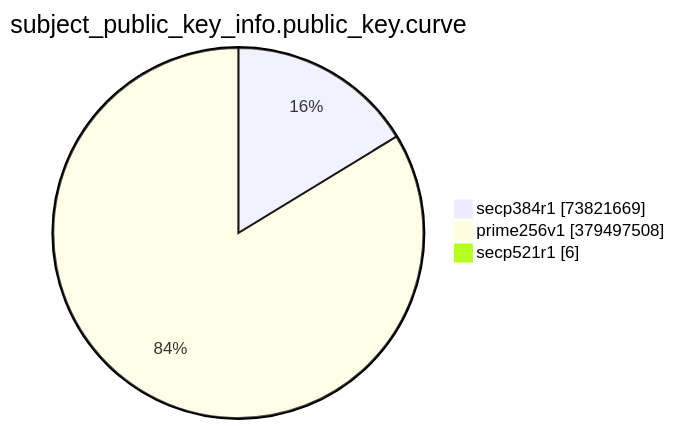
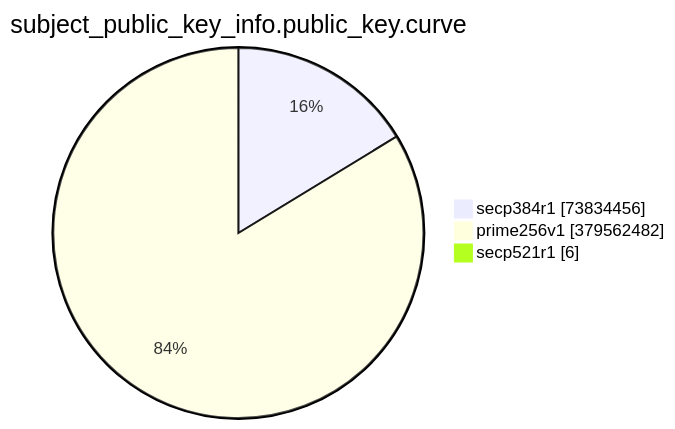
One commit to christiankrug/ctmonitor_visualization changed the eighth of 15 diagrams in TOTAL/README.md. Above: the diagram before and after it, drawn with Mermaid. The commit also changed other lines of this file, not shown here.

````diff
--- a/TOTAL/README.md
+++ b/TOTAL/README.md
@@ -3094,7 +3094,7 @@
 ```mermaid
 pie showData
 title subject_public_key_info.public_key.curve
-"secp384r1" :73821669
-"prime256v1" :379497508
+"secp384r1" :73834456
+"prime256v1" :379562482
 "secp521r1" :6
 ```
````
